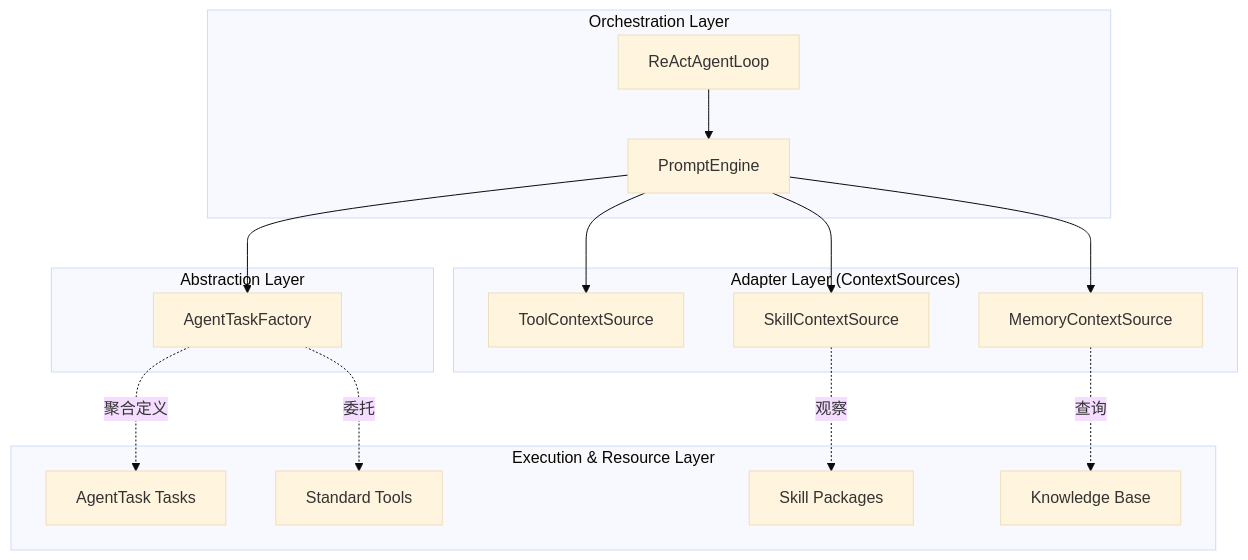
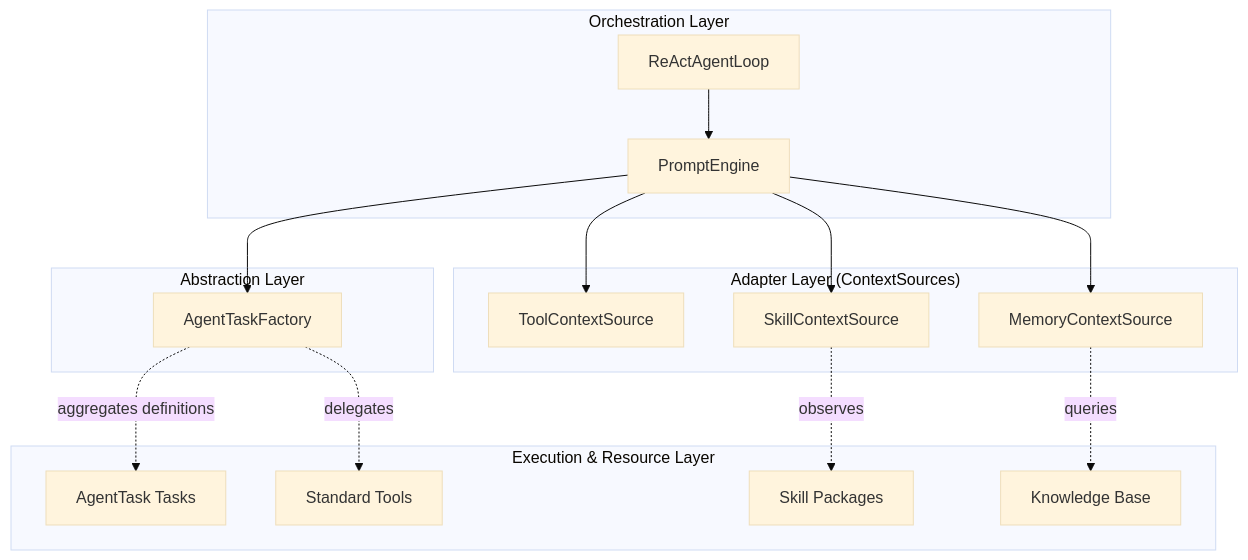
The diagram in docs/PROMPT_ENGINE_DECOUPLING.md (stream-iori/ganglia), drawn with Mermaid (base theme) before and after one commit. The commit also changed other lines of this file and 2 other files, not shown here.

````diff
--- a/docs/PROMPT_ENGINE_DECOUPLING.md
+++ b/docs/PROMPT_ENGINE_DECOUPLING.md
@@ -24,23 +22,23 @@
 ```mermaid
 graph TD
     subgraph "Orchestration Layer"
         Loop[ReActAgentLoop] --> PE[PromptEngine]
     end
 
     subgraph "Abstraction Layer"
         PE --> SF[AgentTaskFactory]
     end
 
     subgraph "Adapter Layer (ContextSources)"
         PE --> TCS[ToolContextSource]
         PE --> SCS[SkillContextSource]
         PE --> MCS[MemoryContextSource]
     end
 
     subgraph "Execution & Resource Layer"
-        SF -.->|聚合定义| Tasks[AgentTask Tasks]
-        SF -.->|委托| Tools[Standard Tools]
-        SCS -.->|观察| Skills[Skill Packages]
-        MCS -.->|查询| KB[Knowledge Base]
+        SF -.->|aggregates definitions| Tasks[AgentTask Tasks]
+        SF -.->|delegates| Tools[Standard Tools]
+        SCS -.->|observes| Skills[Skill Packages]
+        MCS -.->|queries| KB[Knowledge Base]
     end
 ```
````
